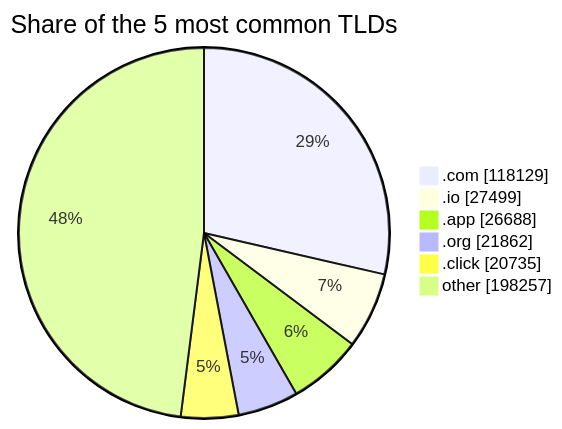
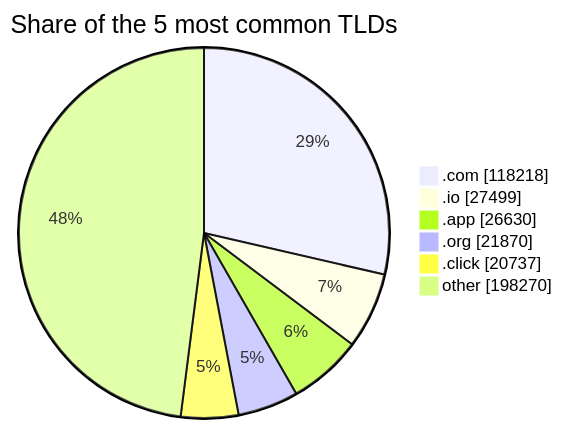
Before and after one commit to DNSBunker/CTI: the third of 3 diagrams in README.md, drawn with Mermaid. The commit also changed other lines of this file and 3 other files, not shown here.

````diff
--- a/README.md
+++ b/README.md
@@ -81,9 +81,9 @@
 ```mermaid
 pie showData title Share of the 5 most common TLDs
-    ".com" : 118129
+    ".com" : 118218
     ".io" : 27499
-    ".app" : 26688
-    ".org" : 21862
-    ".click" : 20735
-    "other" : 198257
+    ".app" : 26630
+    ".org" : 21870
+    ".click" : 20737
+    "other" : 198270
 ```
````
